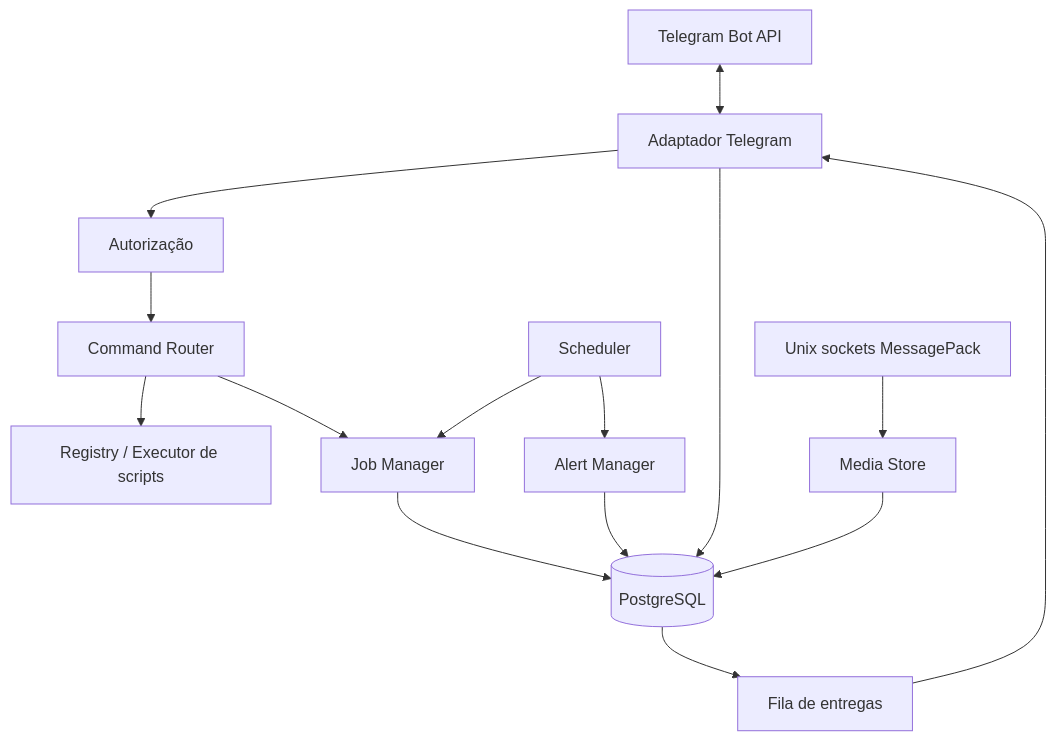
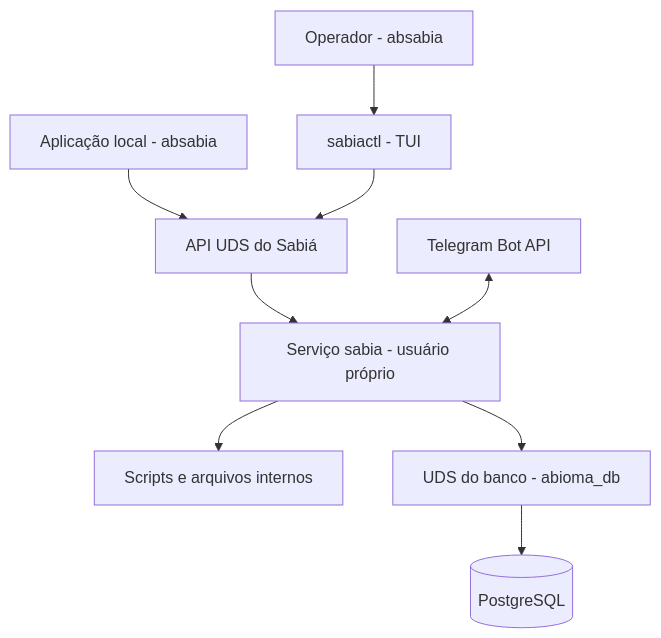
One commit to ahhvahh/a-bioma-sabia changed the first of 2 diagrams in docs/arquitetura.md. Above: the diagram before and after it, drawn with Mermaid. The commit also changed other lines of this file and 7 other files, not shown here.

Commit message:
docs: add UDS isolation, database access groups and sabiactl design

````diff
--- a/docs/arquitetura.md
+++ b/docs/arquitetura.md
@@ -7,17 +7,11 @@
 ```mermaid
 flowchart TB
-    T[Telegram Bot API] <--> A[Adaptador Telegram]
-    A --> Z[Autorização]
-    Z --> R[Command Router]
-    R --> X[Registry / Executor de scripts]
-    R --> J[Job Manager]
-    S[Scheduler] --> J
-    S --> AL[Alert Manager]
-    J --> DB[(PostgreSQL)]
-    AL --> DB
-    A --> DB
-    M[Unix sockets MessagePack] --> MS[Media Store]
-    MS --> DB
-    DB --> D[Fila de entregas]
-    D --> A
+    OP[Operador - absabia] --> CLI[sabiactl - TUI]
+    CLIENT[Aplicação local - absabia] --> API[API UDS do Sabiá]
+    CLI --> API
+    API --> SERVICE[Serviço sabia - usuário próprio]
+    TG[Telegram Bot API] <--> SERVICE
+    SERVICE --> SCRIPTS[Scripts e arquivos internos]
+    SERVICE --> PGUDS[UDS do banco - abioma_db]
+    PGUDS --> PG[(PostgreSQL)]
 ```
````
